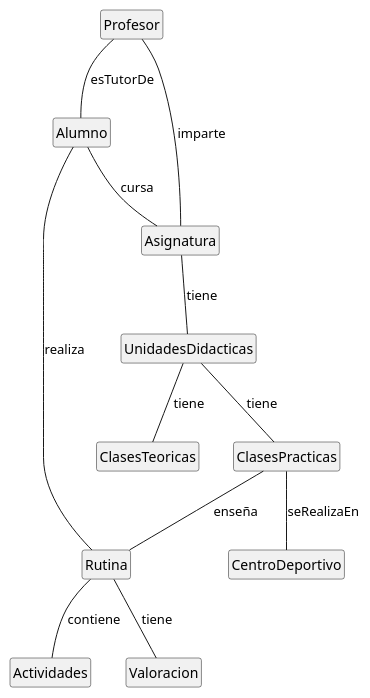
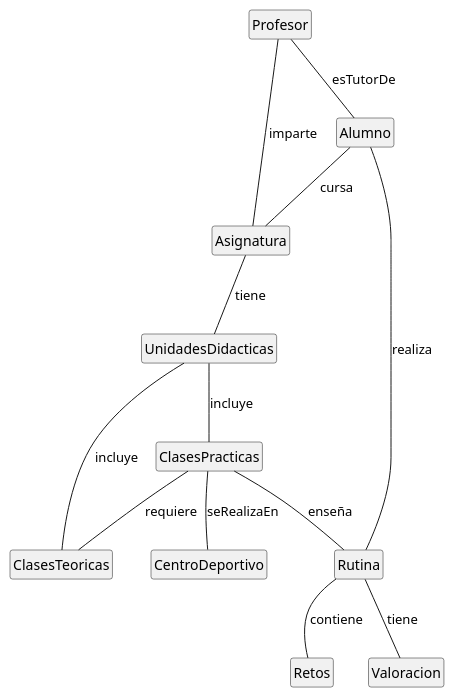
One commit to mmasias/24-25-IdSw1-SDR changed the diagram in Documentos/ModelosUML/evas.puml. Above: the diagram before and after it, drawn with PlantUML.

```diff
--- a/Documentos/ModelosUML/evas.puml
+++ b/Documentos/ModelosUML/evas.puml
@@ -1,28 +1,32 @@
-@startuml evas
+@startuml
 
 hide circle
 hide empty members
 
-class Profesor{}
-class Alumno{}
-class Asignatura{}
-class UnidadesDidacticas{}
-class ClasesPracticas{}
-class ClasesTeoricas{}
-class CentroDeportivo{}
-class Rutina{}
-class Actividades{}
-class Valoracion{}
+class Profesor {}
+class Alumno {}
+class Asignatura {}
+class UnidadesDidacticas {}
+class ClasesPracticas {
+   
+}
+class ClasesTeoricas {}
+class CentroDeportivo {}
+class Rutina {}
+class Retos {}
+class Valoracion {}
 
 Profesor -- Alumno : esTutorDe
 Profesor -- Asignatura : imparte
 Asignatura -- UnidadesDidacticas : tiene
-UnidadesDidacticas -- ClasesPracticas : tiene
-UnidadesDidacticas -- ClasesTeoricas : tiene
+UnidadesDidacticas -- ClasesPracticas : incluye
+UnidadesDidacticas -- ClasesTeoricas : incluye
 Alumno -- Asignatura : cursa
 ClasesPracticas -- CentroDeportivo : seRealizaEn
 ClasesPracticas -- Rutina : enseña
-Rutina -- Actividades : contiene
+Rutina -- Retos : contiene
 Rutina -- Valoracion: tiene
 Alumno -- Rutina: realiza
+
+ClasesPracticas -- ClasesTeoricas : requiere
 @enduml
```
